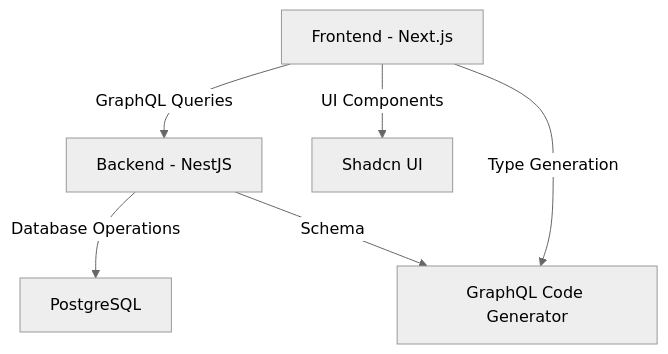
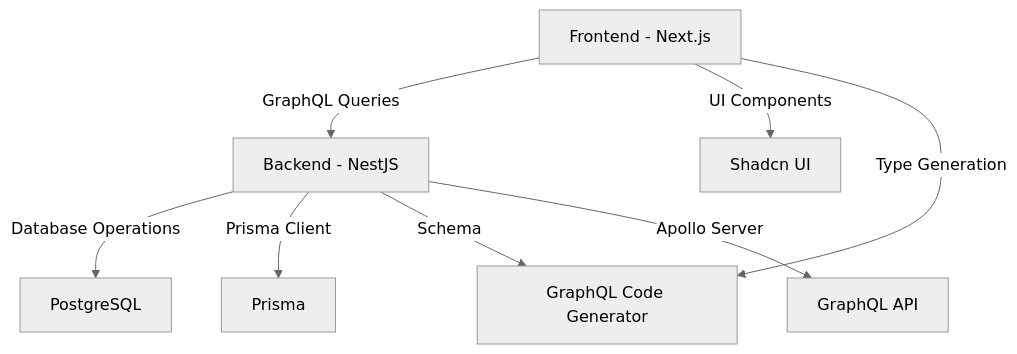
One commit to UyLeQuoc/monorepo-boilerplate changed the diagram in memory-bank/systemPatterns.md. Above: the diagram before and after it, drawn with Mermaid (neutral theme). The commit also changed other lines of this file and 2 other files, not shown here.

````diff
--- a/memory-bank/systemPatterns.md
+++ b/memory-bank/systemPatterns.md
@@ -24,8 +26,10 @@
 ```mermaid
 graph TD
     A[Frontend - Next.js] -->|GraphQL Queries| B[Backend - NestJS]
     B -->|Database Operations| C[PostgreSQL]
-    A -->|UI Components| D[Shadcn UI]
-    A -->|Type Generation| E[GraphQL Code Generator]
-    B -->|Schema| E
+    B -->|Prisma Client| D[Prisma]
+    A -->|UI Components| E[Shadcn UI]
+    A -->|Type Generation| F[GraphQL Code Generator]
+    B -->|Schema| F
+    B -->|Apollo Server| G[GraphQL API]
 ```
````
